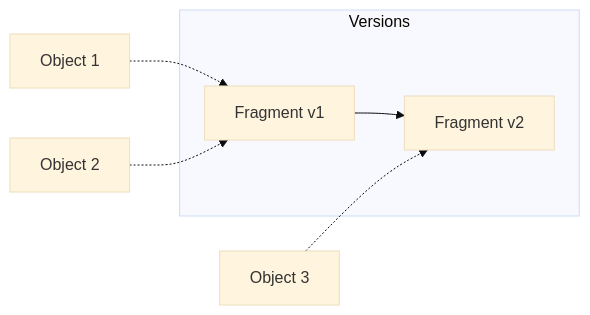
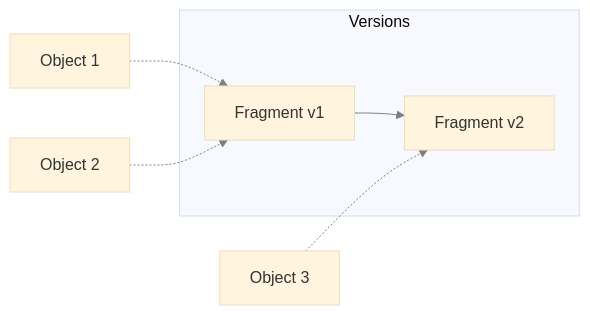
The first of 3 diagrams in fern/docs/pages/customization.mdx (devrev/fern-api-docs), drawn with Mermaid before and after one commit. The commit also changed other lines of this file and 4 other files, not shown here.

````diff
--- a/fern/docs/pages/customization.mdx
+++ b/fern/docs/pages/customization.mdx
@@ -291,19 +291,17 @@
 ```mermaid Fragment versioning
 flowchart LR
-%%{
-  init: {
+%%{init: {
     'theme': 'base',
     'themeVariables': {
-        'fontFamily': 'Segoe UI'
-    }
-  }
-}%%
+        'fontFamily': 'Segoe UI',
+        'lineColor': '#7d7f7c'
+}}}%%
 subgraph Versions
   v1[Fragment v1]
   v2[Fragment v2]
   v1 --> v2
 end
 o1[Object 1] -.-> v1
 o2[Object 2] -.-> v1
 o3[Object 3] -.-> v2
 ```
````
